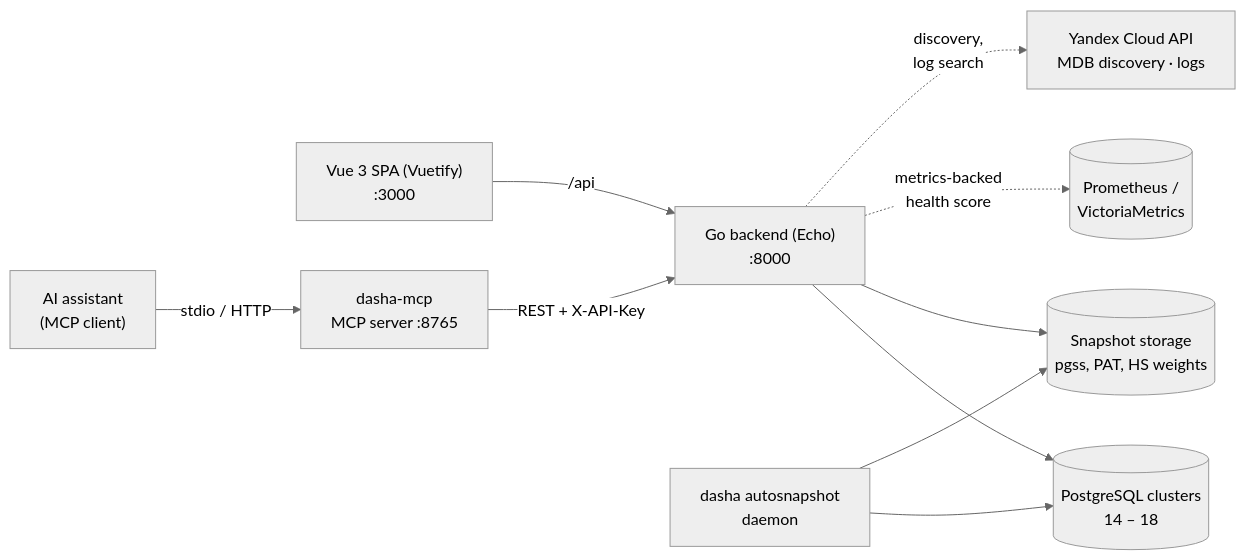
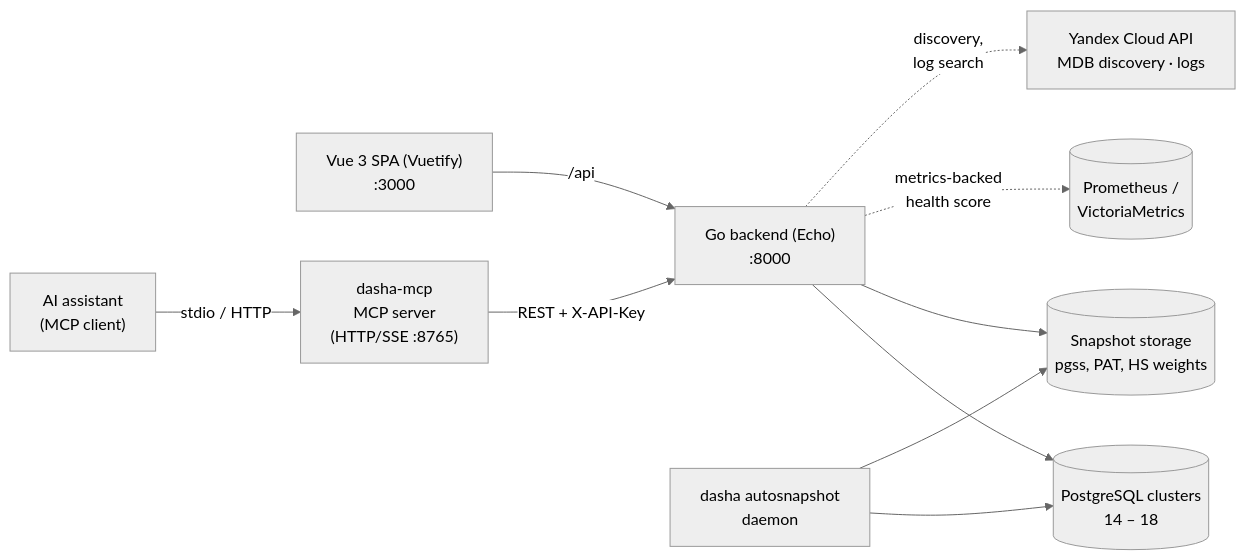
The diagram in doc/en/architecture.md (dbulashev/dasha), drawn with Mermaid (neutral theme) before and after one commit. The commit also changed 9 other files, not shown here.

````diff
--- a/doc/en/architecture.md
+++ b/doc/en/architecture.md
@@ -5,22 +5,22 @@
 ```mermaid
 flowchart LR
     SPA["Vue 3 SPA (Vuetify)<br/>:3000"]
     LLM["AI assistant<br/>(MCP client)"]
-    MCP["dasha-mcp<br/>MCP server :8765"]
+    MCP["dasha-mcp<br/>MCP server<br/>(HTTP/SSE :8765)"]
     BE["Go backend (Echo)<br/>:8000"]
     AS["dasha autosnapshot<br/>daemon"]
     PG[("PostgreSQL clusters<br/>14 – 18")]
     ST[("Snapshot storage<br/>pgss, PAT, HS weights")]
     TS[("Prometheus /<br/>VictoriaMetrics")]
     YC["Yandex Cloud API<br/>MDB discovery · logs"]
 
     SPA -->|/api| BE
     LLM -->|stdio / HTTP| MCP
     MCP -->|REST + X-API-Key| BE
     BE --> PG
     BE --> ST
     BE -.->|metrics-backed<br/>health score| TS
     BE -.->|discovery,<br/>log search| YC
     AS --> PG
     AS --> ST
 ```
````
